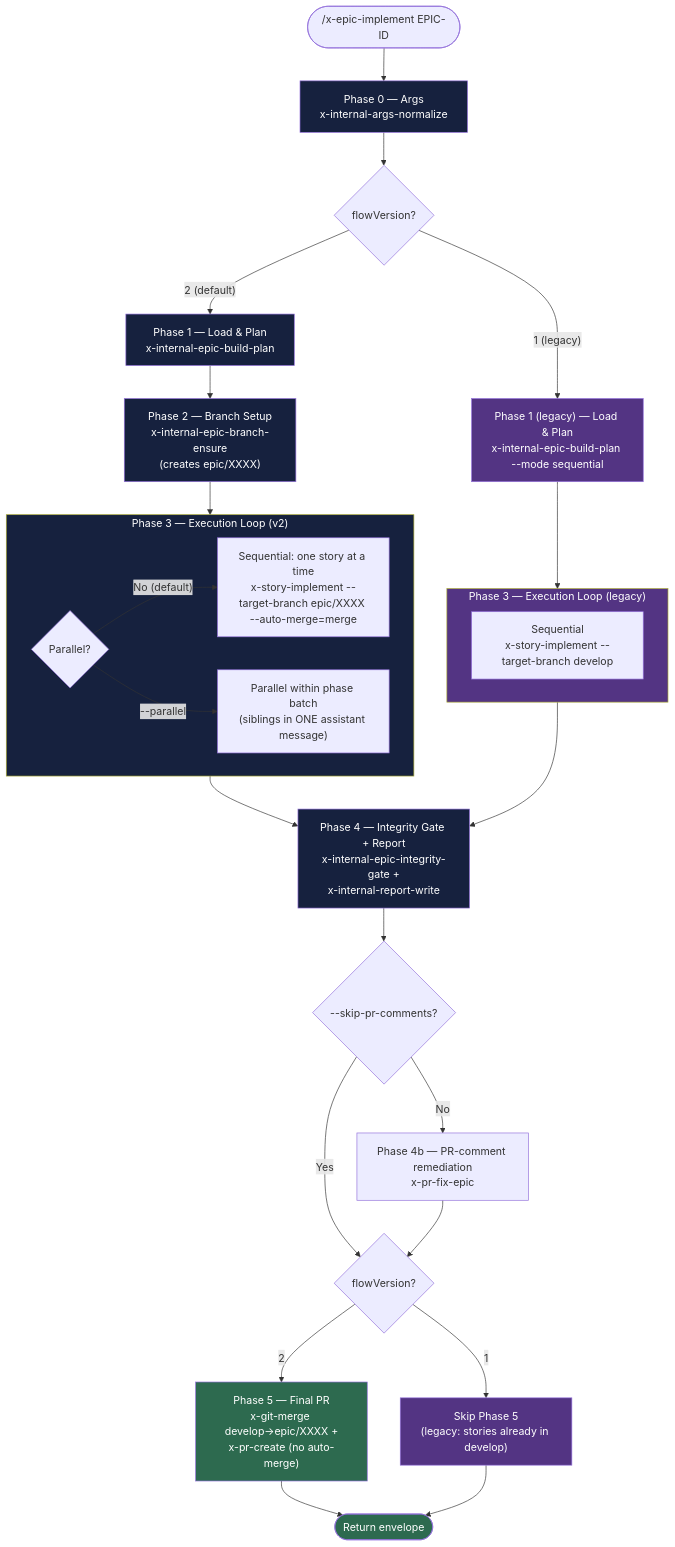
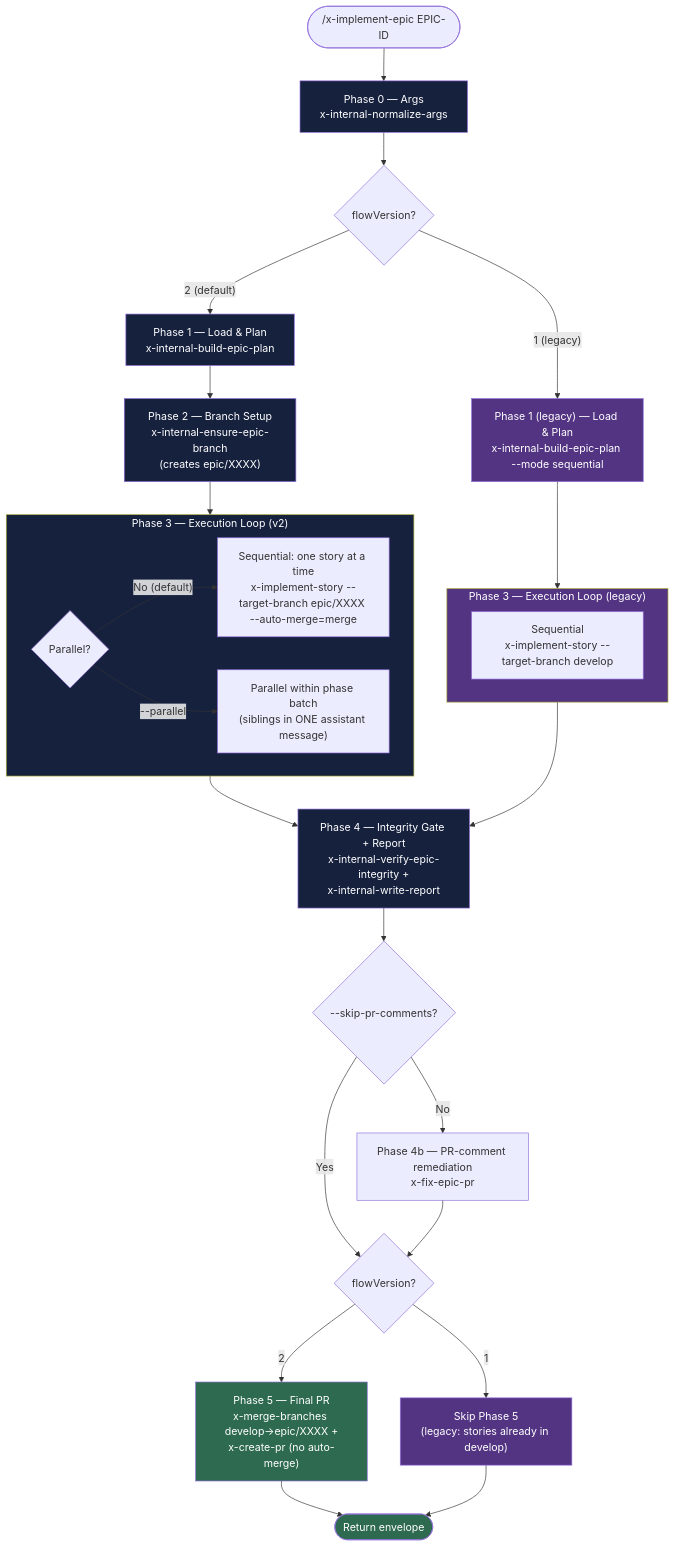
One commit to review-bench/edercnj_ia-dev-environment changed the first of 3 diagrams in src/main/resources/targets/claude/skills/core/dev/x-implement-epic/README.md. Above: the diagram before and after it, drawn with Mermaid. The commit also changed other lines of this file and 310 other files, not shown here.

First line of the commit message:
feat(epic-0076): story-0076-0006 — update all cross-references to verb-first skill names

````diff
--- a/src/main/resources/targets/claude/skills/core/dev/x-implement-epic/README.md
+++ b/src/main/resources/targets/claude/skills/core/dev/x-implement-epic/README.md
@@ -11,47 +11,47 @@
 ```mermaid
 flowchart TD
-    START(["/x-epic-implement EPIC-ID"]) --> P0
+    START(["/x-implement-epic EPIC-ID"]) --> P0
 
-    P0["Phase 0 — Args<br/>x-internal-args-normalize"] --> FLOW{flowVersion?}
-    FLOW -->|"1 (legacy)"| P1L["Phase 1 (legacy) — Load & Plan<br/>x-internal-epic-build-plan --mode sequential"]
-    FLOW -->|"2 (default)"| P1N["Phase 1 — Load & Plan<br/>x-internal-epic-build-plan"]
+    P0["Phase 0 — Args<br/>x-internal-normalize-args"] --> FLOW{flowVersion?}
+    FLOW -->|"1 (legacy)"| P1L["Phase 1 (legacy) — Load & Plan<br/>x-internal-build-epic-plan --mode sequential"]
+    FLOW -->|"2 (default)"| P1N["Phase 1 — Load & Plan<br/>x-internal-build-epic-plan"]
 
     P1L --> P3L
-    P1N --> P2["Phase 2 — Branch Setup<br/>x-internal-epic-branch-ensure<br/>(creates epic/XXXX)"]
+    P1N --> P2["Phase 2 — Branch Setup<br/>x-internal-ensure-epic-branch<br/>(creates epic/XXXX)"]
     P2 --> P3N
 
     subgraph P3N["Phase 3 — Execution Loop (v2)"]
         P3N_SEQ{"Parallel?"}
-        P3N_SEQ -->|"No (default)"| SEQ["Sequential: one story at a time<br/>x-story-implement --target-branch epic/XXXX --auto-merge=merge"]
+        P3N_SEQ -->|"No (default)"| SEQ["Sequential: one story at a time<br/>x-implement-story --target-branch epic/XXXX --auto-merge=merge"]
         P3N_SEQ -->|"--parallel"| PAR["Parallel within phase batch<br/>(siblings in ONE assistant message)"]
     end
 
     subgraph P3L["Phase 3 — Execution Loop (legacy)"]
-        P3L_SEQ["Sequential<br/>x-story-implement --target-branch develop"]
+        P3L_SEQ["Sequential<br/>x-implement-story --target-branch develop"]
     end
 
-    P3N --> P4["Phase 4 — Integrity Gate + Report<br/>x-internal-epic-integrity-gate +<br/>x-internal-report-write"]
+    P3N --> P4["Phase 4 — Integrity Gate + Report<br/>x-internal-verify-epic-integrity +<br/>x-internal-write-report"]
     P3L --> P4
 
     P4 --> P4B{"--skip-pr-comments?"}
-    P4B -->|"No"| P4C["Phase 4b — PR-comment remediation<br/>x-pr-fix-epic"]
+    P4B -->|"No"| P4C["Phase 4b — PR-comment remediation<br/>x-fix-epic-pr"]
     P4B -->|"Yes"| FLOW2{"flowVersion?"}
     P4C --> FLOW2
 
-    FLOW2 -->|"2"| P5N["Phase 5 — Final PR<br/>x-git-merge develop→epic/XXXX +<br/>x-pr-create (no auto-merge)"]
+    FLOW2 -->|"2"| P5N["Phase 5 — Final PR<br/>x-merge-branches develop→epic/XXXX +<br/>x-create-pr (no auto-merge)"]
     FLOW2 -->|"1"| SKIPFINAL["Skip Phase 5<br/>(legacy: stories already in develop)"]
 
     P5N --> DONE(["Return envelope"])
     SKIPFINAL --> DONE
 
     style P0 fill:#16213e,color:#fff
     style P1N fill:#16213e,color:#fff
     style P2 fill:#16213e,color:#fff
     style P3N fill:#16213e,color:#fff
     style P4 fill:#16213e,color:#fff
     style P5N fill:#2d6a4f,color:#fff
     style P1L fill:#533483,color:#fff
     style P3L fill:#533483,color:#fff
     style SKIPFINAL fill:#533483,color:#fff
     style DONE fill:#2d6a4f,color:#fff
 ```
````
